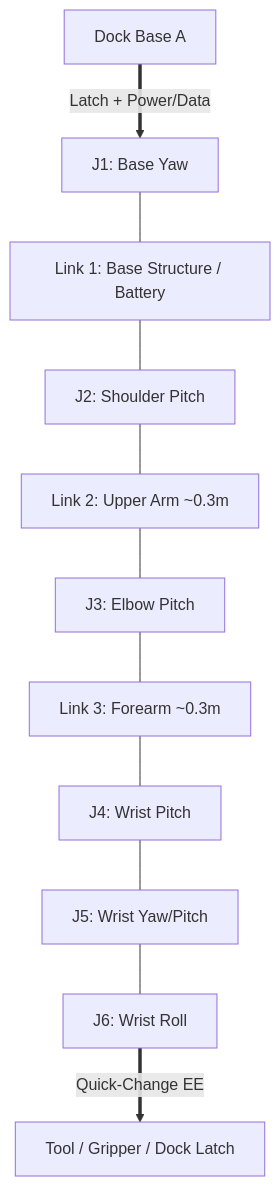
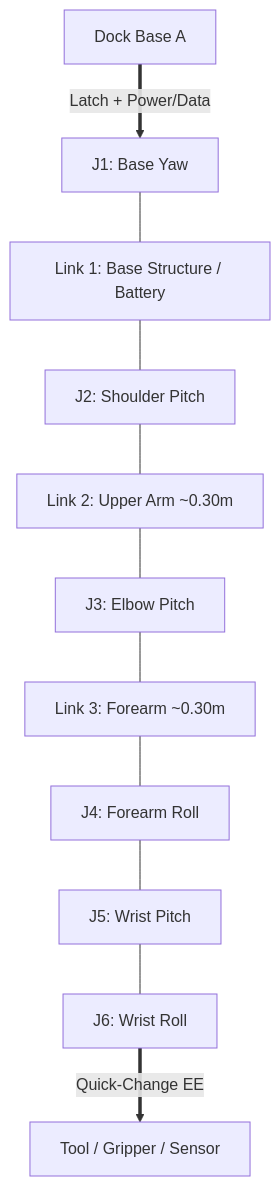
Before and after one commit to PaulBunch/sint: the first of 3 diagrams in docs/tasks/0004-candidate-schemes.md, drawn with Mermaid. The commit also changed other lines of this file and 2 other files, not shown here.

````diff
--- a/docs/tasks/0004-candidate-schemes.md
+++ b/docs/tasks/0004-candidate-schemes.md
@@ -30,13 +30,13 @@
 ```mermaid
 graph TD
     DockA[Dock Base A] ==>|Latch + Power/Data| J1[J1: Base Yaw]
     J1 --- L1[Link 1: Base Structure / Battery]
     L1 --- J2[J2: Shoulder Pitch]
-    J2 --- L2[Link 2: Upper Arm ~0.3m]
+    J2 --- L2[Link 2: Upper Arm ~0.30m]
     L2 --- J3[J3: Elbow Pitch]
-    J3 --- L3[Link 3: Forearm ~0.3m]
-    L3 --- J4[J4: Wrist Pitch]
-    J4 --- J5[J5: Wrist Yaw/Pitch]
+    J3 --- L3[Link 3: Forearm ~0.30m]
+    L3 --- J4[J4: Forearm Roll]
+    J4 --- J5[J5: Wrist Pitch]
     J5 --- J6[J6: Wrist Roll]
-    J6 ==>|Quick-Change EE| EE[Tool / Gripper / Dock Latch]
+    J6 ==>|Quick-Change EE| EE[Tool / Gripper / Sensor]
 ```
````
